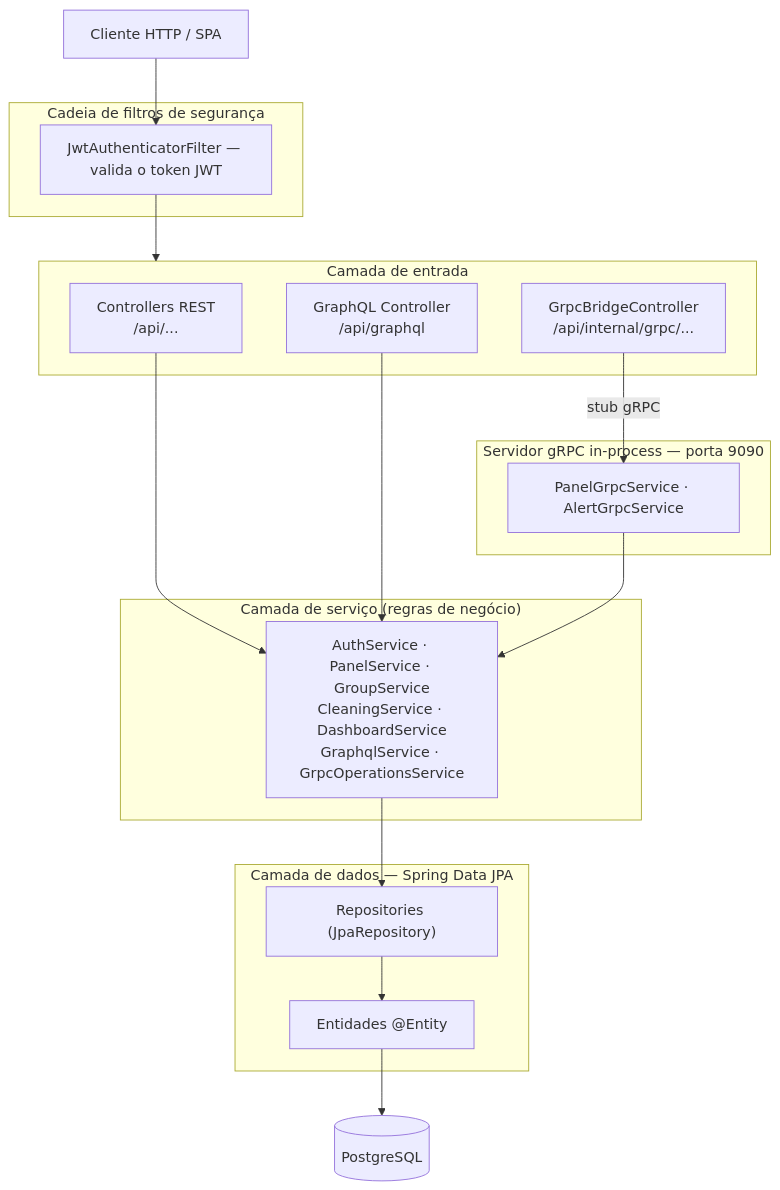
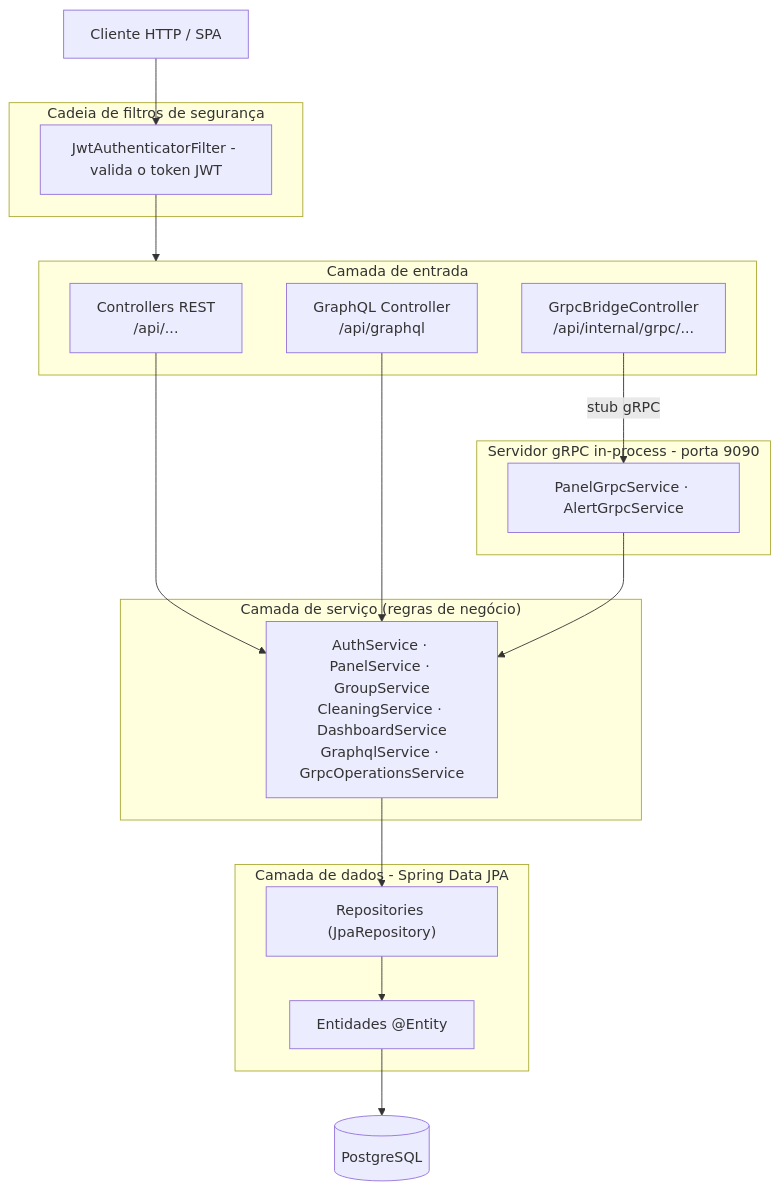
One commit to danieltanjos/SolarVision changed the second of 4 diagrams in docs/ARQUITETURA.md. Above: the diagram before and after it, drawn with Mermaid. The commit also changed other lines of this file and 6 other files, not shown here.

````diff
--- a/docs/ARQUITETURA.md
+++ b/docs/ARQUITETURA.md
@@ -52,35 +52,35 @@
 ```mermaid
 flowchart TD
     client["Cliente HTTP / SPA"]
 
     subgraph filtro["Cadeia de filtros de segurança"]
-        jwt["JwtAuthenticatorFilter — valida o token JWT"]
+        jwt["JwtAuthenticatorFilter - valida o token JWT"]
     end
 
     subgraph entrada["Camada de entrada"]
         rest["Controllers REST<br/>/api/..."]
         gql["GraphQL Controller<br/>/api/graphql"]
         bridge["GrpcBridgeController<br/>/api/internal/grpc/..."]
     end
 
     subgraph negocio["Camada de serviço (regras de negócio)"]
         services["AuthService · PanelService · GroupService<br/>CleaningService · DashboardService<br/>GraphqlService · GrpcOperationsService"]
     end
 
-    subgraph grpc["Servidor gRPC in-process — porta 9090"]
+    subgraph grpc["Servidor gRPC in-process - porta 9090"]
         grpcimpl["PanelGrpcService · AlertGrpcService"]
     end
 
-    subgraph dados["Camada de dados — Spring Data JPA"]
+    subgraph dados["Camada de dados - Spring Data JPA"]
         repos["Repositories (JpaRepository)"]
         entities["Entidades @Entity"]
     end
 
     db[("PostgreSQL")]
 
     client --> jwt --> entrada
     rest --> services
     gql --> services
     bridge -->|stub gRPC| grpcimpl --> services
     services --> repos --> entities --> db
 ```
````
